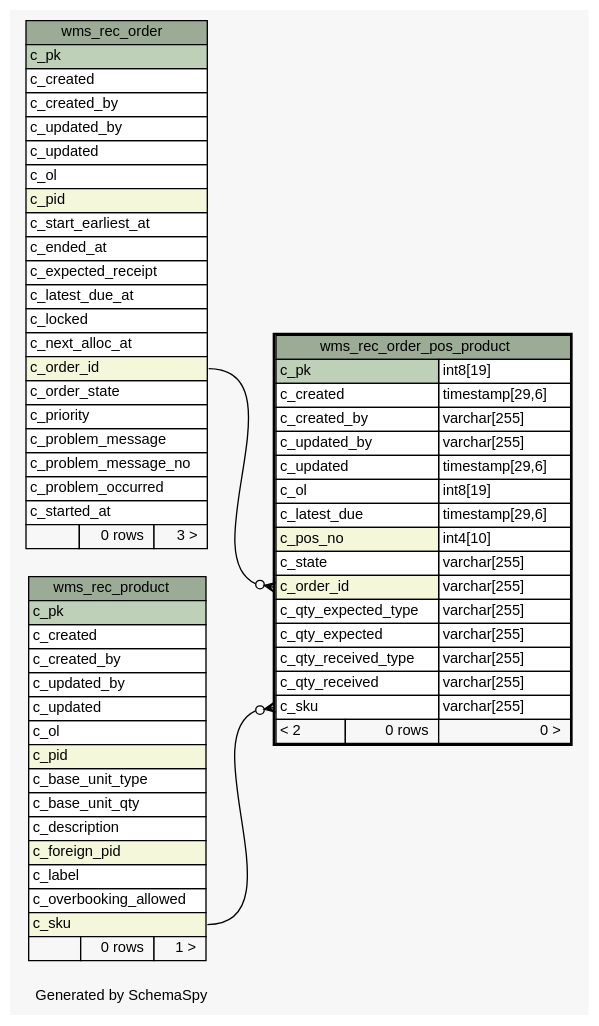
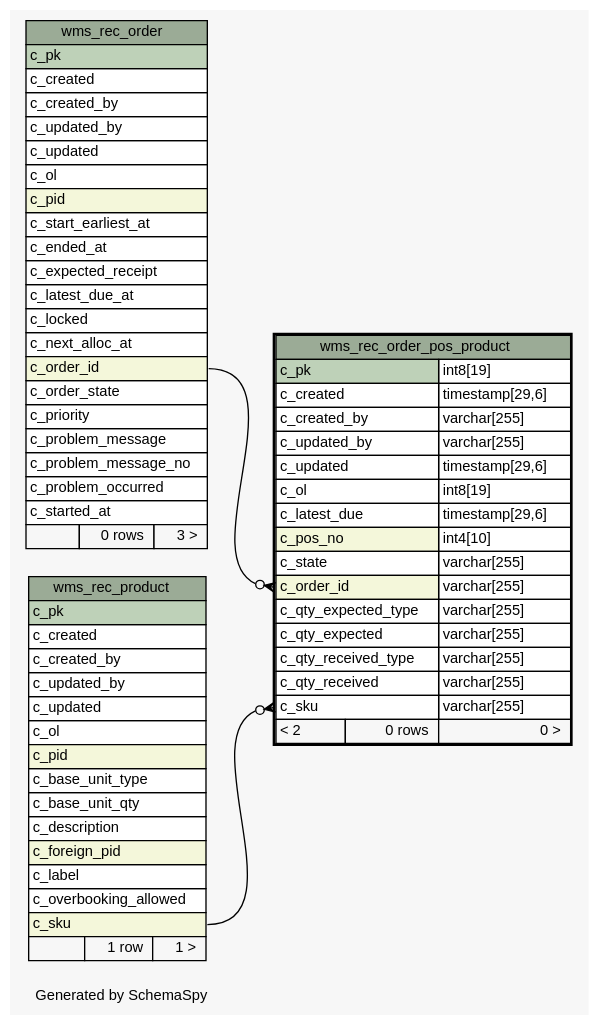
One commit to openwms/org.openwms.wms.receiving changed the diagram in 1.0.0-SNAPSHOT/schemaspy/diagrams/wms_rec_order_pos_product.1degree.dot. Above: the diagram before and after it, drawn with Graphviz. The commit also changed 631 other files, not shown here.

```diff
--- a/1.0.0-SNAPSHOT/schemaspy/diagrams/wms_rec_order_pos_product.1degree.dot
+++ b/1.0.0-SNAPSHOT/schemaspy/diagrams/wms_rec_order_pos_product.1degree.dot
@@ -1,100 +1,100 @@
-// dot 2.43.0 on Linux 5.15.0-1042-azure
+// dot 7.1.0 on Mac OS X 14.1.1
 // SchemaSpy rev Unknown
 digraph "oneDegreeRelationshipsDiagram" {
   graph [
     rankdir="RL"
     bgcolor="#f7f7f7"
     label="\nGenerated by SchemaSpy"
     labeljust="l"
     nodesep="0.18"
     ranksep="0.46"
     fontname="Helvetica"
     fontsize="11"
   ];
   node [
     fontname="Helvetica"
     fontsize="11"
     shape="plaintext"
   ];
   edge [
     arrowsize="0.8"
   ];
   "wms_rec_order_pos_product":"c_order_id":w -> "wms_rec_order":"c_order_id":e [arrowhead=none dir=back arrowtail=crowodot];
   "wms_rec_order_pos_product":"c_sku":w -> "wms_rec_product":"c_sku":e [arrowhead=none dir=back arrowtail=crowodot];
   "wms_rec_order" [
     label=<
     <TABLE BORDER="0" CELLBORDER="1" CELLSPACING="0" BGCOLOR="#ffffff">
       <TR><TD COLSPAN="3" BGCOLOR="#9bab96" ALIGN="CENTER">wms_rec_order</TD></TR>
       <TR><TD PORT="c_pk" COLSPAN="3" BGCOLOR="#bed1b8" ALIGN="LEFT">c_pk</TD></TR>
       <TR><TD PORT="c_created" COLSPAN="3" ALIGN="LEFT">c_created</TD></TR>
       <TR><TD PORT="c_created_by" COLSPAN="3" ALIGN="LEFT">c_created_by</TD></TR>
       <TR><TD PORT="c_updated_by" COLSPAN="3" ALIGN="LEFT">c_updated_by</TD></TR>
       <TR><TD PORT="c_updated" COLSPAN="3" ALIGN="LEFT">c_updated</TD></TR>
       <TR><TD PORT="c_ol" COLSPAN="3" ALIGN="LEFT">c_ol</TD></TR>
       <TR><TD PORT="c_pid" COLSPAN="3" BGCOLOR="#f4f7da" ALIGN="LEFT">c_pid</TD></TR>
       <TR><TD PORT="c_start_earliest_at" COLSPAN="3" ALIGN="LEFT">c_start_earliest_at</TD></TR>
       <TR><TD PORT="c_ended_at" COLSPAN="3" ALIGN="LEFT">c_ended_at</TD></TR>
       <TR><TD PORT="c_expected_receipt" COLSPAN="3" ALIGN="LEFT">c_expected_receipt</TD></TR>
       <TR><TD PORT="c_latest_due_at" COLSPAN="3" ALIGN="LEFT">c_latest_due_at</TD></TR>
       <TR><TD PORT="c_locked" COLSPAN="3" ALIGN="LEFT">c_locked</TD></TR>
       <TR><TD PORT="c_next_alloc_at" COLSPAN="3" ALIGN="LEFT">c_next_alloc_at</TD></TR>
       <TR><TD PORT="c_order_id" COLSPAN="3" BGCOLOR="#f4f7da" ALIGN="LEFT">c_order_id</TD></TR>
       <TR><TD PORT="c_order_state" COLSPAN="3" ALIGN="LEFT">c_order_state</TD></TR>
       <TR><TD PORT="c_priority" COLSPAN="3" ALIGN="LEFT">c_priority</TD></TR>
       <TR><TD PORT="c_problem_message" COLSPAN="3" ALIGN="LEFT">c_problem_message</TD></TR>
       <TR><TD PORT="c_problem_message_no" COLSPAN="3" ALIGN="LEFT">c_problem_message_no</TD></TR>
       <TR><TD PORT="c_problem_occurred" COLSPAN="3" ALIGN="LEFT">c_problem_occurred</TD></TR>
       <TR><TD PORT="c_started_at" COLSPAN="3" ALIGN="LEFT">c_started_at</TD></TR>
       <TR><TD ALIGN="LEFT" BGCOLOR="#f7f7f7">  </TD><TD ALIGN="RIGHT" BGCOLOR="#f7f7f7">0 rows</TD><TD ALIGN="RIGHT" BGCOLOR="#f7f7f7">3 &gt;</TD></TR>
     </TABLE>>
     URL="wms_rec_order.html"
     tooltip="wms_rec_order"
   ];
   "wms_rec_order_pos_product" [
     label=<
     <TABLE BORDER="2" CELLBORDER="1" CELLSPACING="0" BGCOLOR="#ffffff">
       <TR><TD COLSPAN="3" BGCOLOR="#9bab96" ALIGN="CENTER">wms_rec_order_pos_product</TD></TR>
       <TR><TD PORT="c_pk" COLSPAN="2" BGCOLOR="#bed1b8" ALIGN="LEFT">c_pk</TD><TD PORT="c_pk.type" ALIGN="LEFT">int8[19]</TD></TR>
       <TR><TD PORT="c_created" COLSPAN="2" ALIGN="LEFT">c_created</TD><TD PORT="c_created.type" ALIGN="LEFT">timestamp[29,6]</TD></TR>
       <TR><TD PORT="c_created_by" COLSPAN="2" ALIGN="LEFT">c_created_by</TD><TD PORT="c_created_by.type" ALIGN="LEFT">varchar[255]</TD></TR>
       <TR><TD PORT="c_updated_by" COLSPAN="2" ALIGN="LEFT">c_updated_by</TD><TD PORT="c_updated_by.type" ALIGN="LEFT">varchar[255]</TD></TR>
       <TR><TD PORT="c_updated" COLSPAN="2" ALIGN="LEFT">c_updated</TD><TD PORT="c_updated.type" ALIGN="LEFT">timestamp[29,6]</TD></TR>
       <TR><TD PORT="c_ol" COLSPAN="2" ALIGN="LEFT">c_ol</TD><TD PORT="c_ol.type" ALIGN="LEFT">int8[19]</TD></TR>
       <TR><TD PORT="c_latest_due" COLSPAN="2" ALIGN="LEFT">c_latest_due</TD><TD PORT="c_latest_due.type" ALIGN="LEFT">timestamp[29,6]</TD></TR>
       <TR><TD PORT="c_pos_no" COLSPAN="2" BGCOLOR="#f4f7da" ALIGN="LEFT">c_pos_no</TD><TD PORT="c_pos_no.type" ALIGN="LEFT">int4[10]</TD></TR>
       <TR><TD PORT="c_state" COLSPAN="2" ALIGN="LEFT">c_state</TD><TD PORT="c_state.type" ALIGN="LEFT">varchar[255]</TD></TR>
       <TR><TD PORT="c_order_id" COLSPAN="2" BGCOLOR="#f4f7da" ALIGN="LEFT">c_order_id</TD><TD PORT="c_order_id.type" ALIGN="LEFT">varchar[255]</TD></TR>
       <TR><TD PORT="c_qty_expected_type" COLSPAN="2" ALIGN="LEFT">c_qty_expected_type</TD><TD PORT="c_qty_expected_type.type" ALIGN="LEFT">varchar[255]</TD></TR>
       <TR><TD PORT="c_qty_expected" COLSPAN="2" ALIGN="LEFT">c_qty_expected</TD><TD PORT="c_qty_expected.type" ALIGN="LEFT">varchar[255]</TD></TR>
       <TR><TD PORT="c_qty_received_type" COLSPAN="2" ALIGN="LEFT">c_qty_received_type</TD><TD PORT="c_qty_received_type.type" ALIGN="LEFT">varchar[255]</TD></TR>
       <TR><TD PORT="c_qty_received" COLSPAN="2" ALIGN="LEFT">c_qty_received</TD><TD PORT="c_qty_received.type" ALIGN="LEFT">varchar[255]</TD></TR>
       <TR><TD PORT="c_sku" COLSPAN="2" ALIGN="LEFT">c_sku</TD><TD PORT="c_sku.type" ALIGN="LEFT">varchar[255]</TD></TR>
       <TR><TD ALIGN="LEFT" BGCOLOR="#f7f7f7">&lt; 2</TD><TD ALIGN="RIGHT" BGCOLOR="#f7f7f7">0 rows</TD><TD ALIGN="RIGHT" BGCOLOR="#f7f7f7">0 &gt;</TD></TR>
     </TABLE>>
     URL="wms_rec_order_pos_product.html"
     tooltip="wms_rec_order_pos_product"
   ];
   "wms_rec_product" [
     label=<
     <TABLE BORDER="0" CELLBORDER="1" CELLSPACING="0" BGCOLOR="#ffffff">
       <TR><TD COLSPAN="3" BGCOLOR="#9bab96" ALIGN="CENTER">wms_rec_product</TD></TR>
       <TR><TD PORT="c_pk" COLSPAN="3" BGCOLOR="#bed1b8" ALIGN="LEFT">c_pk</TD></TR>
       <TR><TD PORT="c_created" COLSPAN="3" ALIGN="LEFT">c_created</TD></TR>
       <TR><TD PORT="c_created_by" COLSPAN="3" ALIGN="LEFT">c_created_by</TD></TR>
       <TR><TD PORT="c_updated_by" COLSPAN="3" ALIGN="LEFT">c_updated_by</TD></TR>
       <TR><TD PORT="c_updated" COLSPAN="3" ALIGN="LEFT">c_updated</TD></TR>
       <TR><TD PORT="c_ol" COLSPAN="3" ALIGN="LEFT">c_ol</TD></TR>
       <TR><TD PORT="c_pid" COLSPAN="3" BGCOLOR="#f4f7da" ALIGN="LEFT">c_pid</TD></TR>
       <TR><TD PORT="c_base_unit_type" COLSPAN="3" ALIGN="LEFT">c_base_unit_type</TD></TR>
       <TR><TD PORT="c_base_unit_qty" COLSPAN="3" ALIGN="LEFT">c_base_unit_qty</TD></TR>
       <TR><TD PORT="c_description" COLSPAN="3" ALIGN="LEFT">c_description</TD></TR>
       <TR><TD PORT="c_foreign_pid" COLSPAN="3" BGCOLOR="#f4f7da" ALIGN="LEFT">c_foreign_pid</TD></TR>
       <TR><TD PORT="c_label" COLSPAN="3" ALIGN="LEFT">c_label</TD></TR>
       <TR><TD PORT="c_overbooking_allowed" COLSPAN="3" ALIGN="LEFT">c_overbooking_allowed</TD></TR>
       <TR><TD PORT="c_sku" COLSPAN="3" BGCOLOR="#f4f7da" ALIGN="LEFT">c_sku</TD></TR>
-      <TR><TD ALIGN="LEFT" BGCOLOR="#f7f7f7">  </TD><TD ALIGN="RIGHT" BGCOLOR="#f7f7f7">0 rows</TD><TD ALIGN="RIGHT" BGCOLOR="#f7f7f7">1 &gt;</TD></TR>
+      <TR><TD ALIGN="LEFT" BGCOLOR="#f7f7f7">  </TD><TD ALIGN="RIGHT" BGCOLOR="#f7f7f7">1 row</TD><TD ALIGN="RIGHT" BGCOLOR="#f7f7f7">1 &gt;</TD></TR>
     </TABLE>>
     URL="wms_rec_product.html"
     tooltip="wms_rec_product"
   ];
 }
```
